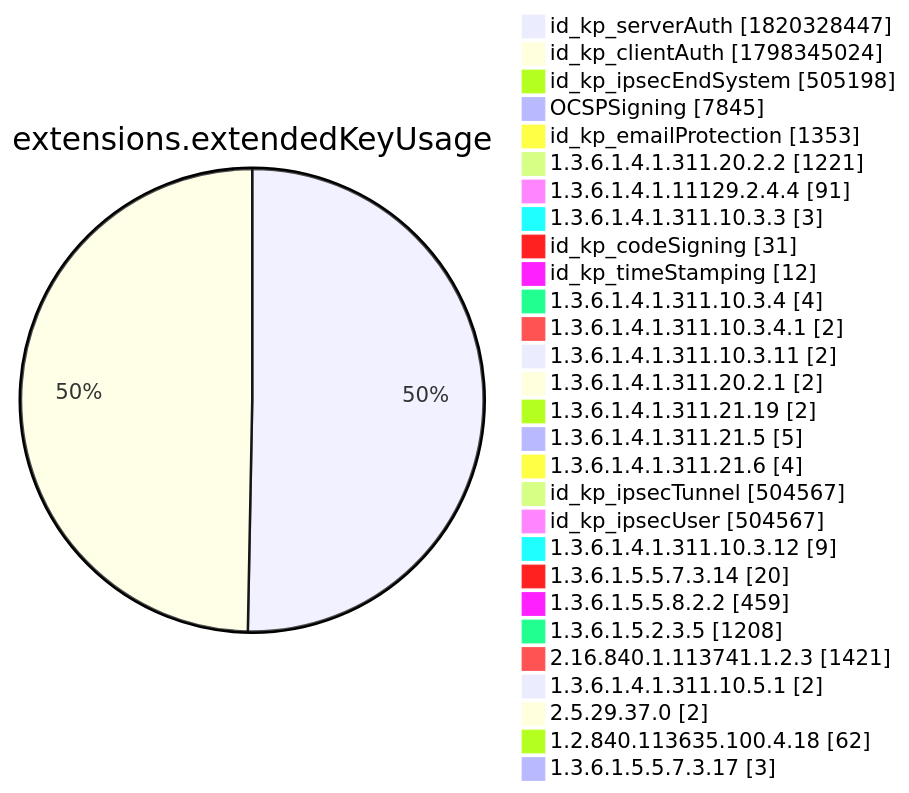
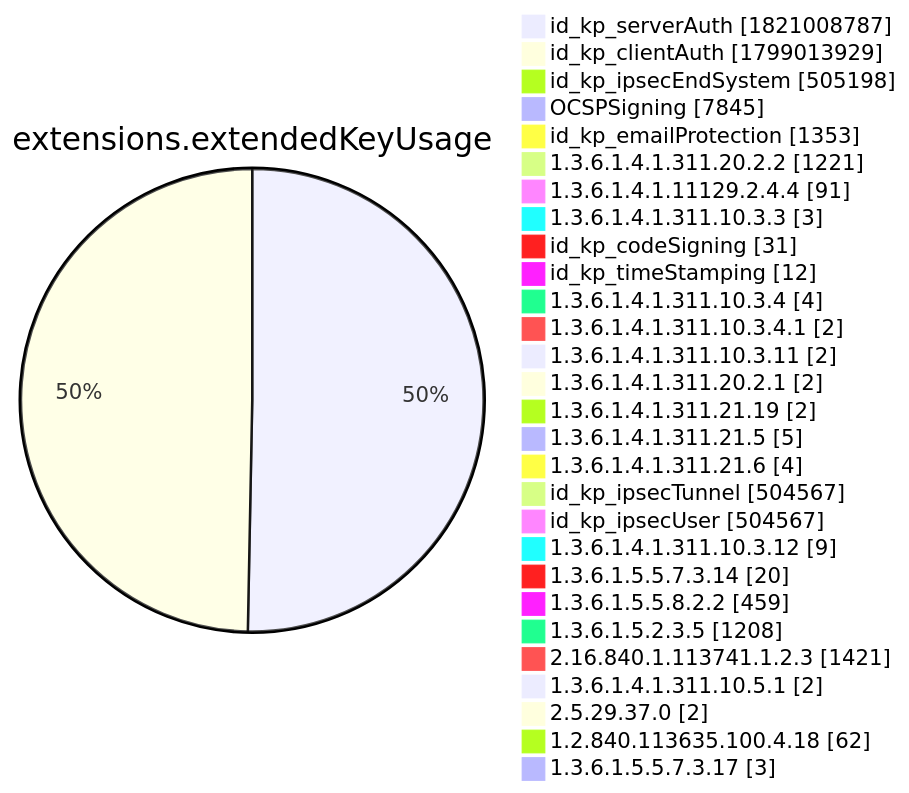
One commit to christiankrug/ctmonitor_visualization changed diagram 12 of 15 in xenon2022/README.md. Above: the diagram before and after it, drawn with Mermaid. The commit also changed other lines of this file, not shown here.

````diff
--- a/xenon2022/README.md
+++ b/xenon2022/README.md
@@ -3895,32 +3895,32 @@
 ```mermaid
 pie showData
 title extensions.extendedKeyUsage
-"id_kp_serverAuth" :1820328447
-"id_kp_clientAuth" :1798345024
+"id_kp_serverAuth" :1821008787
+"id_kp_clientAuth" :1799013929
 "id_kp_ipsecEndSystem" :505198
 "OCSPSigning" :7845
 "id_kp_emailProtection" :1353
 "1.3.6.1.4.1.311.20.2.2" :1221
 "1.3.6.1.4.1.11129.2.4.4" :91
 "1.3.6.1.4.1.311.10.3.3" :3
 "id_kp_codeSigning" :31
 "id_kp_timeStamping" :12
 "1.3.6.1.4.1.311.10.3.4" :4
 "1.3.6.1.4.1.311.10.3.4.1" :2
 "1.3.6.1.4.1.311.10.3.11" :2
 "1.3.6.1.4.1.311.20.2.1" :2
 "1.3.6.1.4.1.311.21.19" :2
 "1.3.6.1.4.1.311.21.5" :5
 "1.3.6.1.4.1.311.21.6" :4
 "id_kp_ipsecTunnel" :504567
 "id_kp_ipsecUser" :504567
 "1.3.6.1.4.1.311.10.3.12" :9
 "1.3.6.1.5.5.7.3.14" :20
 "1.3.6.1.5.5.8.2.2" :459
 "1.3.6.1.5.2.3.5" :1208
 "2.16.840.1.113741.1.2.3" :1421
 "1.3.6.1.4.1.311.10.5.1" :2
 "2.5.29.37.0" :2
 "1.2.840.113635.100.4.18" :62
 "1.3.6.1.5.5.7.3.17" :3
 ```
````
